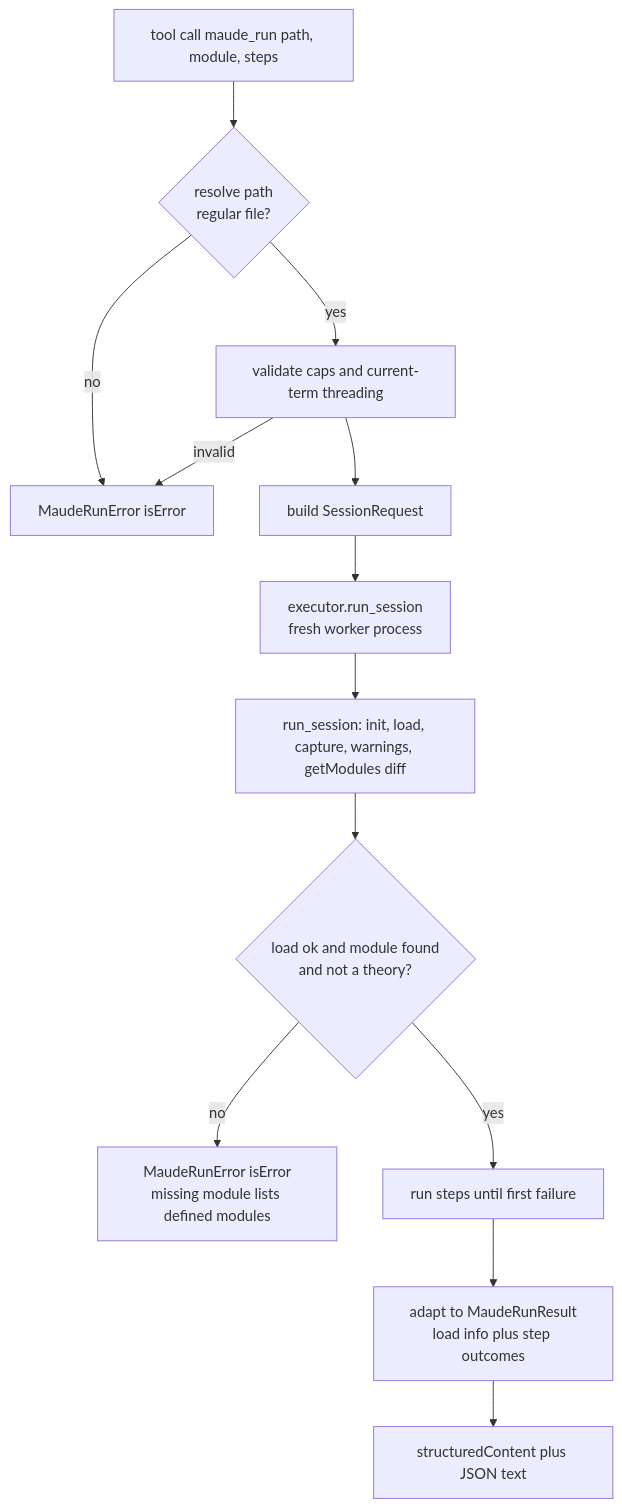
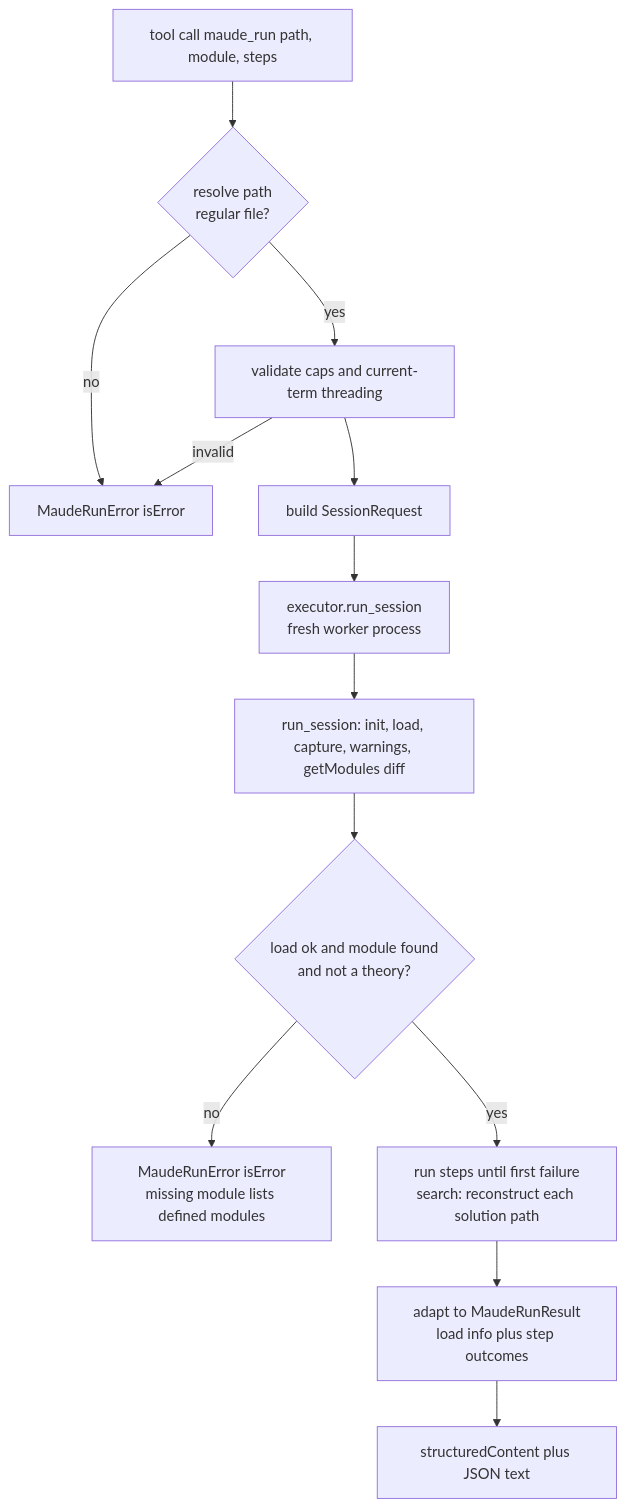
The second of 3 diagrams in harold-mcp/.agents/summary/workflows.md (demiourgoi/Harold), drawn with Mermaid before and after one commit. The commit also changed other lines of this file and 9 other files, not shown here.

````diff
--- a/harold-mcp/.agents/summary/workflows.md
+++ b/harold-mcp/.agents/summary/workflows.md
@@ -64,15 +64,15 @@
 ```mermaid
 flowchart TD
     A[tool call maude_run path, module, steps] --> B{resolve path<br>regular file?}
     B -->|no| C[MaudeRunError isError]
     B -->|yes| D[validate caps and current-term threading]
     D -->|invalid| C
     D --> E[build SessionRequest]
     E --> F[executor.run_session<br>fresh worker process]
     F --> G[run_session: init, load, capture, warnings, getModules diff]
     G --> H{load ok and module found<br>and not a theory?}
     H -->|no| I[MaudeRunError isError<br>missing module lists defined modules]
-    H -->|yes| J[run steps until first failure]
+    H -->|yes| J[run steps until first failure<br>search: reconstruct each solution path]
     J --> K[adapt to MaudeRunResult<br>load info plus step outcomes]
     K --> L[structuredContent plus JSON text]
 ```
````
